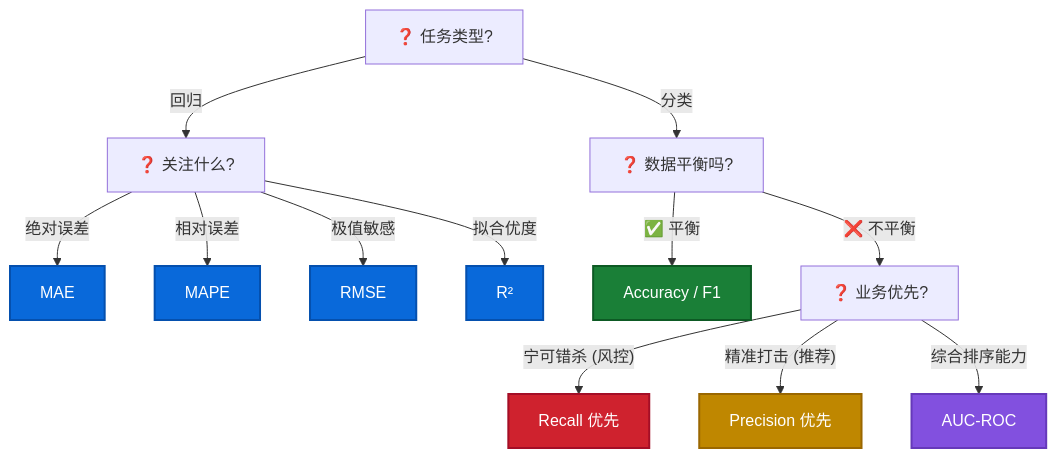
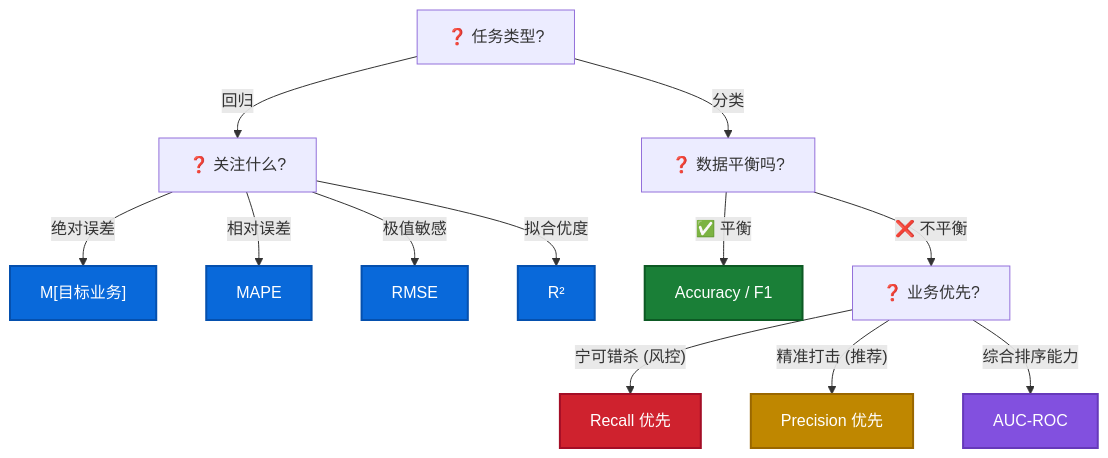
The diagram in 02_速查手册/docs/08_evaluation.md (XinyuWang98/level-up), drawn with Mermaid before and after one commit. The commit also changed other lines of this file and 54 other files, not shown here.

````diff
--- a/02_速查手册/docs/08_evaluation.md
+++ b/02_速查手册/docs/08_evaluation.md
@@ -13,23 +13,23 @@
 ```mermaid
 graph TD
     A["❓ 任务类型?"] -->|"回归"| B["❓ 关注什么?"]
     A -->|"分类"| C["❓ 数据平衡吗?"]
-    B -->|"绝对误差"| D["MAE"]
+    B -->|"绝对误差"| D["M[目标业务]"]
     B -->|"相对误差"| E["MAPE"]
     B -->|"极值敏感"| F["RMSE"]
     B -->|"拟合优度"| G["R²"]
     C -->|"✅ 平衡"| H["Accuracy / F1"]
     C -->|"❌ 不平衡"| I["❓ 业务优先?"]
     I -->|"宁可错杀 (风控)"| J["Recall 优先"]
     I -->|"精准打击 (推荐)"| K["Precision 优先"]
     I -->|"综合排序能力"| L["AUC-ROC"]
 
     style D fill:#0969da,color:#fff,stroke:#0550ae,stroke-width:2px
     style E fill:#0969da,color:#fff,stroke:#0550ae,stroke-width:2px
     style F fill:#0969da,color:#fff,stroke:#0550ae,stroke-width:2px
     style G fill:#0969da,color:#fff,stroke:#0550ae,stroke-width:2px
     style H fill:#1a7f37,color:#fff,stroke:#0d5a24,stroke-width:2px
     style J fill:#cf222e,color:#fff,stroke:#a40e26,stroke-width:2px
     style K fill:#bf8700,color:#fff,stroke:#9a6700,stroke-width:2px
     style L fill:#8250df,color:#fff,stroke:#6639ba,stroke-width:2px
 ```
````
